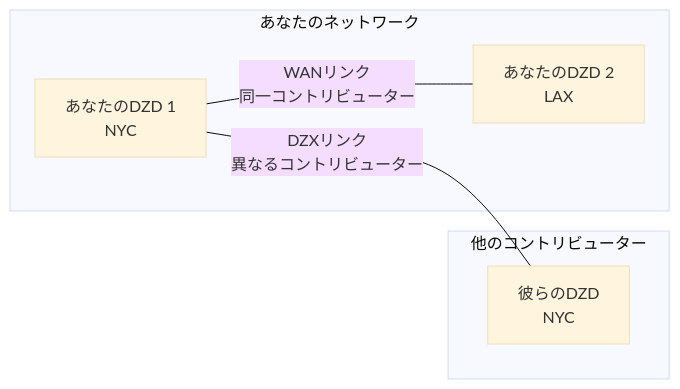
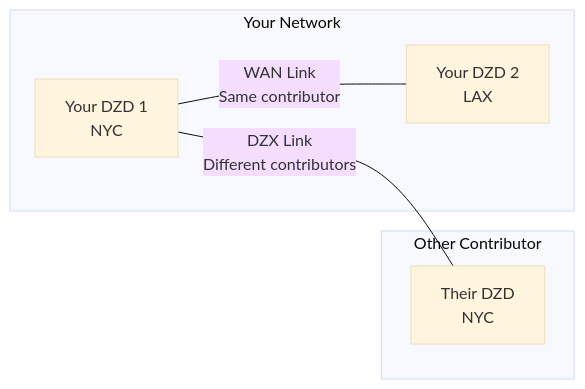
Diagram 11 of 13 in docs/contribute-provisioning.ja.md (malbeclabs/docs), drawn with Mermaid (base theme) before and after one commit. The commit also changed other lines of this file and 160 other files, not shown here.

````diff
--- a/docs/contribute-provisioning.ja.md
+++ b/docs/contribute-provisioning.ja.md
@@ -578,14 +647,14 @@
 ```mermaid
 flowchart LR
-    subgraph "あなたのネットワーク"
-        D1[あなたのDZD 1<br/>NYC]
-        D2[あなたのDZD 2<br/>LAX]
+    subgraph "Your Network"
+        D1[Your DZD 1<br/>NYC]
+        D2[Your DZD 2<br/>LAX]
     end
 
-    subgraph "他のコントリビューター"
-        O1[彼らのDZD<br/>NYC]
+    subgraph "Other Contributor"
+        O1[Their DZD<br/>NYC]
     end
 
-    D1 ---|WANリンク<br/>同一コントリビューター| D2
-    D1 ---|DZXリンク<br/>異なるコントリビューター| O1
+    D1 ---|WAN Link<br/>Same contributor| D2
+    D1 ---|DZX Link<br/>Different contributors| O1
 ```
````
